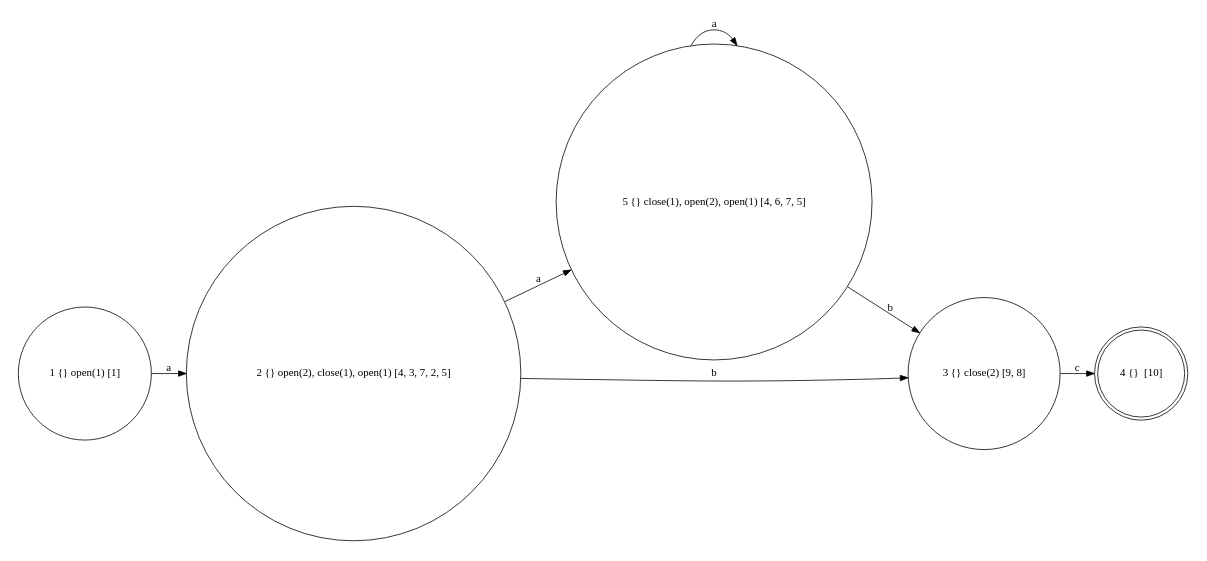
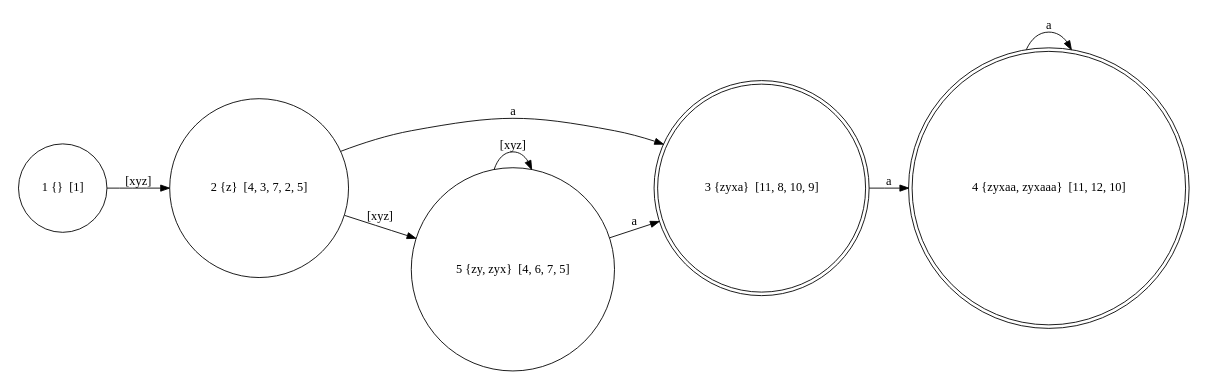
The diagram in testing/test.dot (leegao/LuaInLua), drawn with Graphviz before and after one commit. The commit also changed 2 other files, not shown here.

Commit message:
added character classes for [xyz]

```diff
--- a/testing/test.dot
+++ b/testing/test.dot
@@ -1,17 +1,18 @@
 digraph {
   rankdir=LR;
   size="8,5"
-  node[shape=doublecircle,label=""]; 4;
+  node[shape=doublecircle,label=""]; 3 4;
   node[shape=circle,label=""];
-  4[label="4 {}  [10]"];
-  1[label="1 {} open(1) [1]"];
-  5[label="5 {} close(1), open(2), open(1) [4, 6, 7, 5]"];
-  2[label="2 {} open(2), close(1), open(1) [4, 3, 7, 2, 5]"];
-  3[label="3 {} close(2) [9, 8]"];
-  1 -> 2[label="a"];
-  5 -> 3[label="b"];
-  5 -> 5[label="a"];
-  2 -> 3[label="b"];
-  2 -> 5[label="a"];
-  3 -> 4[label="c"];
+  4[label="4 {zyxaa, zyxaaa}  [11, 12, 10]"];
+  1[label="1 {}  [1]"];
+  5[label="5 {zy, zyx}  [4, 6, 7, 5]"];
+  2[label="2 {z}  [4, 3, 7, 2, 5]"];
+  3[label="3 {zyxa}  [11, 8, 10, 9]"];
+  4 -> 4[label="a"];
+  1 -> 2[label="[xyz]"];
+  5 -> 3[label="a"];
+  5 -> 5[label="[xyz]"];
+  2 -> 3[label="a"];
+  2 -> 5[label="[xyz]"];
+  3 -> 4[label="a"];
 }
```
